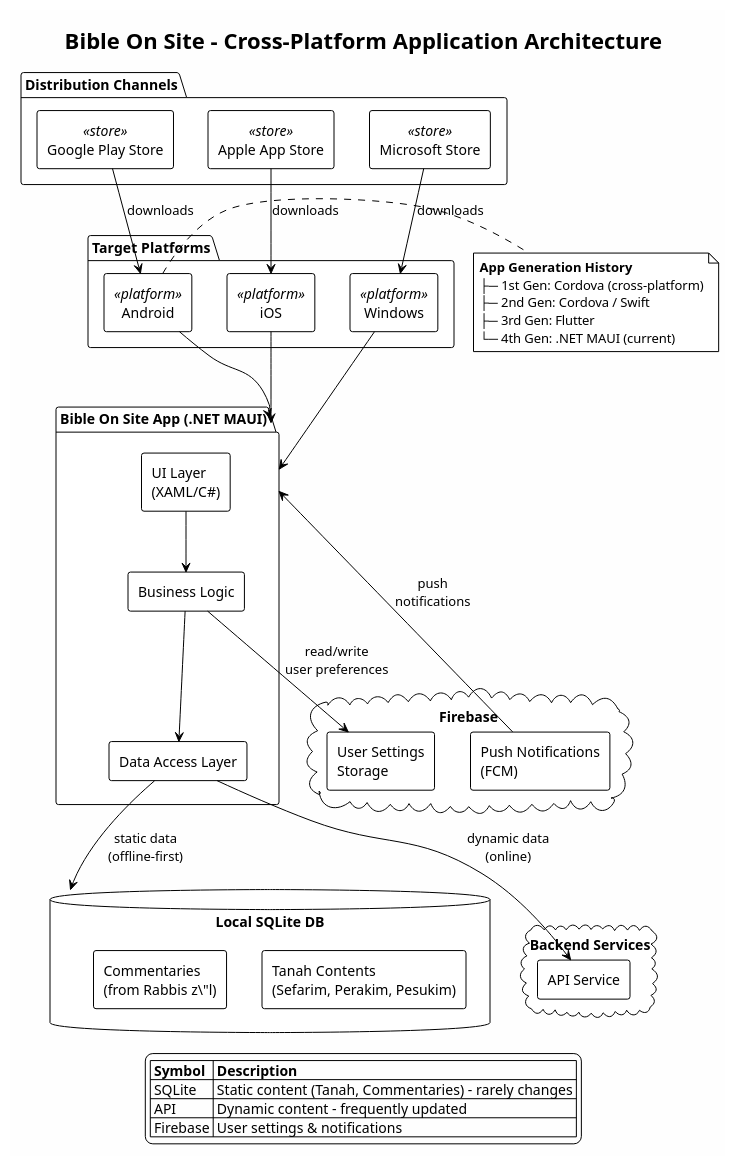
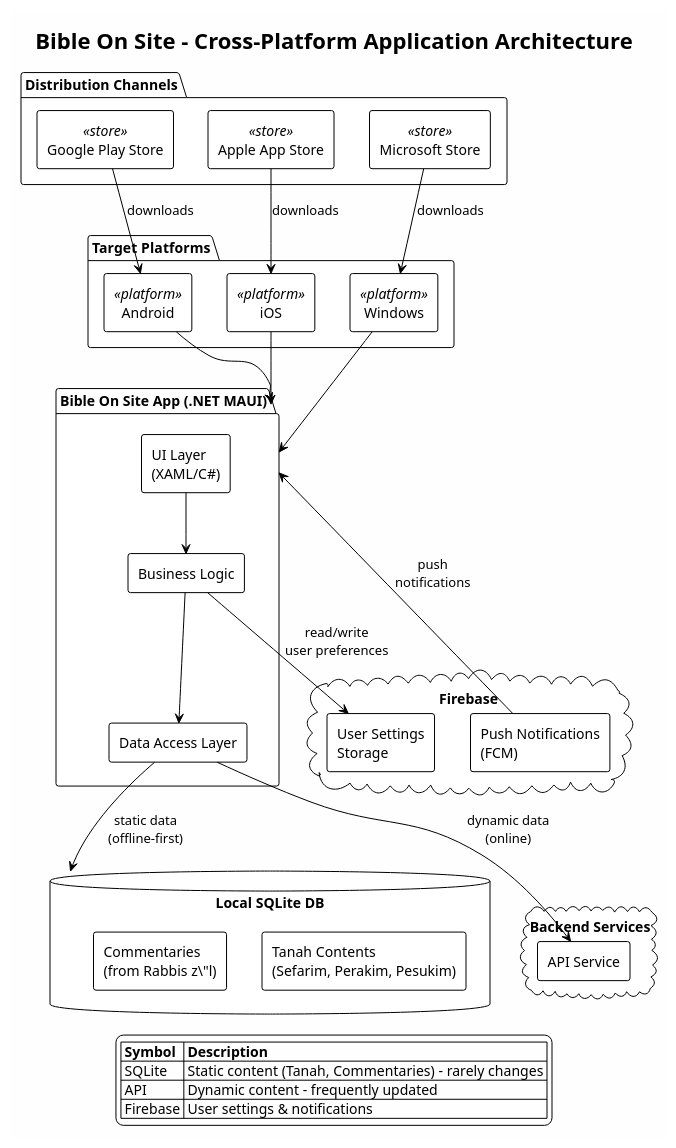
Before and after one commit to bible-on-site/bible-on-site: the diagram in docs/app/app.puml, drawn with PlantUML. The commit also changed 2 other files, not shown here.

Commit message:
Remove app generation history from architecture diagram and add detailed app documentation with technology evolution and data sources

```diff
--- a/docs/app/app.puml
+++ b/docs/app/app.puml
@@ -1,86 +1,77 @@
 @startuml app-architecture
 !theme plain
 skinparam backgroundColor #FEFEFE
 skinparam componentStyle rectangle
 
 title Bible On Site - Cross-Platform Application Architecture
 
 ' ===== App Stores =====
 package "Distribution Channels" {
     [Google Play Store] as GooglePlay <<store>>
     [Apple App Store] as AppStore <<store>>
     [Microsoft Store] as MSStore <<store>>
 }
 
 ' ===== Platforms =====
 package "Target Platforms" {
     [Android] as Android <<platform>>
     [iOS] as iOS <<platform>>
     [Windows] as Windows <<platform>>
 }
-
-' ===== App Evolution =====
-note right of Android
-  **App Generation History**
-  ├─ 1st Gen: Cordova (cross-platform)
-  ├─ 2nd Gen: Cordova / Swift
-  ├─ 3rd Gen: Flutter
-  └─ 4th Gen: .NET MAUI (current)
-end note
 
 ' ===== Application =====
 package "Bible On Site App (.NET MAUI)" as App {
     [UI Layer\n(XAML/C#)] as UI
     [Business Logic] as BL
     [Data Access Layer] as DAL
 }
 
 ' ===== Local Storage =====
 database "Local SQLite DB" as SQLite {
     [Tanah Contents\n(Sefarim, Perakim, Pesukim)] as TanahData
     [Commentaries\n(from Rabbis z\"l)] as Commentaries
 }
 
 ' ===== External Services =====
 cloud "Backend Services" {
     [API Service] as API
 }
 
 cloud "Firebase" {
     [User Settings\nStorage] as FirebaseSettings
     [Push Notifications\n(FCM)] as FirebaseNotifications
 }
 
 ' ===== Relationships =====
 
 ' Store to Platform downloads
 GooglePlay --> Android : downloads
 AppStore --> iOS : downloads
 MSStore --> Windows : downloads
 
 ' Platform runs app
 Android --> App
 iOS --> App
 Windows --> App
 
 ' App internal flow
 UI --> BL
 BL --> DAL
 
 ' Data sources
 DAL --> SQLite : static data\n(offline-first)
 DAL --> API : dynamic data\n(online)
 
 ' Firebase connections
 BL --> FirebaseSettings : read/write\nuser preferences
 FirebaseNotifications --> App : push\nnotifications
 
 ' ===== Legend =====
 legend bottom
   |= Symbol |= Description |
   | SQLite | Static content (Tanah, Commentaries) - rarely changes |
   | API | Dynamic content - frequently updated |
   | Firebase | User settings & notifications |
 endlegend
 
 @enduml
```
